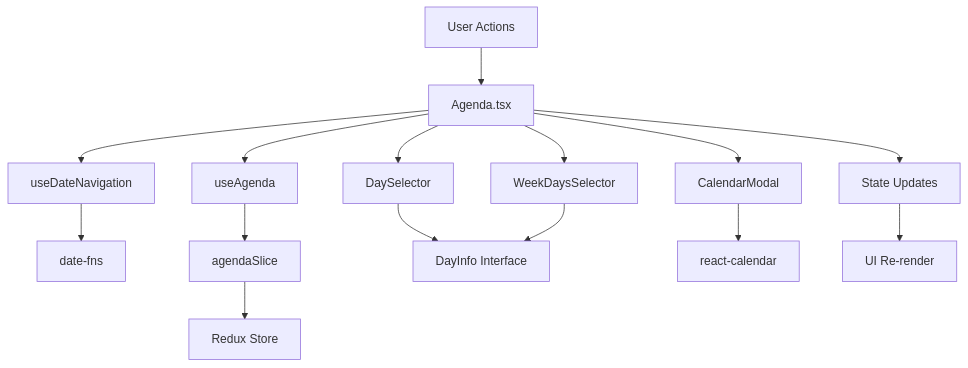
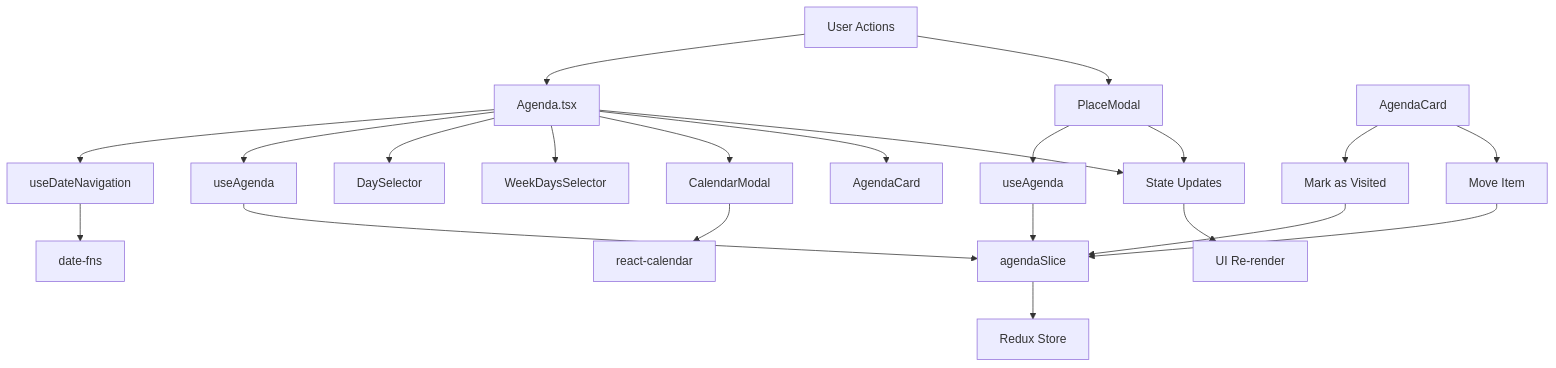
The diagram in AGENDA_SYSTEM_DOCUMENTATION.md (Kodo-Takai/frontend-app-kodotakai), drawn with Mermaid before and after one commit. The commit also changed other lines of this file and 12 other files, not shown here.

````diff
--- a/AGENDA_SYSTEM_DOCUMENTATION.md
+++ b/AGENDA_SYSTEM_DOCUMENTATION.md
@@ -517,20 +662,28 @@
 ```mermaid
 graph TB
     A[Agenda.tsx] --> B[useDateNavigation]
     A --> C[useAgenda]
     A --> D[DaySelector]
     A --> E[WeekDaysSelector]
     A --> F[CalendarModal]
+    A --> G[AgendaCard]
     
-    B --> G[date-fns]
-    C --> H[agendaSlice]
-    H --> I[Redux Store]
+    H[PlaceModal] --> I[useAgenda]
+    I --> J[agendaSlice]
+    J --> K[Redux Store]
     
-    D --> J[DayInfo Interface]
-    E --> J
-    F --> K[react-calendar]
+    B --> L[date-fns]
+    C --> J
+    F --> M[react-calendar]
     
-    L[User Actions] --> A
-    A --> M[State Updates]
-    M --> N[UI Re-render]
+    N[User Actions] --> A
+    N --> H
+    A --> O[State Updates]
+    H --> O
+    O --> P[UI Re-render]
+    
+    Q[AgendaCard] --> R[Mark as Visited]
+    Q --> S[Move Item]
+    R --> J
+    S --> J
 ```
````
